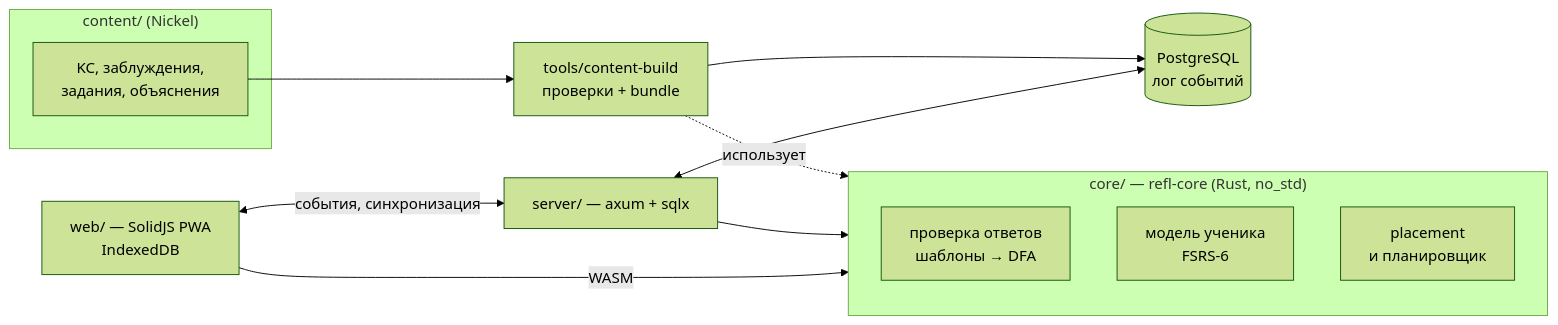
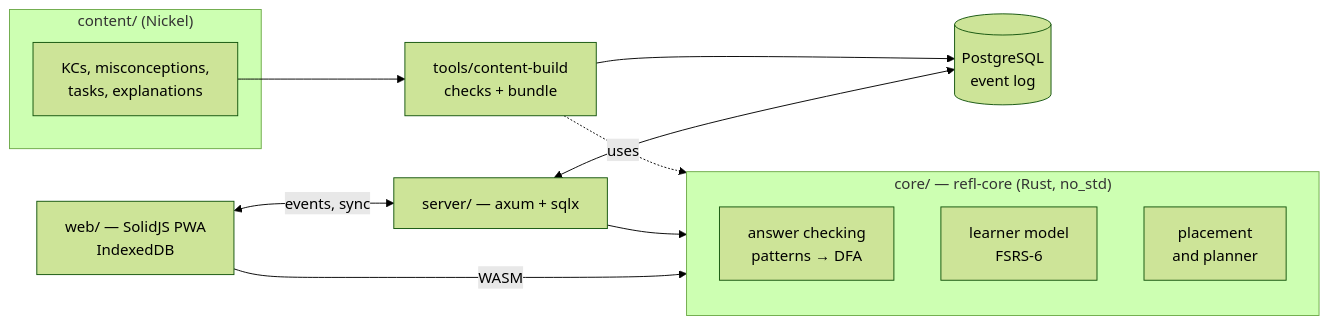
One commit to shkrjnv/refl changed the second of 2 diagrams in README.md. Above: the diagram before and after it, drawn with Mermaid (forest theme). The commit also changed other lines of this file, not shown here.

First line of the commit message:
README: rewrite in English, add privacy, sync and license sections

````diff
--- a/README.md
+++ b/README.md
@@ -250,21 +258,21 @@
 ```mermaid
 flowchart LR
   subgraph content["content/ (Nickel)"]
-    N[KC, заблуждения,<br/>задания, объяснения]
+    N[KCs, misconceptions,<br/>tasks, explanations]
   end
-  CB["tools/content-build<br/>проверки + bundle"]
+  CB["tools/content-build<br/>checks + bundle"]
   subgraph core["core/ — refl-core (Rust, no_std)"]
-    A[проверка ответов<br/>шаблоны → DFA]
-    M[модель ученика<br/>FSRS-6]
-    P[placement<br/>и планировщик]
+    A[answer checking<br/>patterns → DFA]
+    M[learner model<br/>FSRS-6]
+    P[placement<br/>and planner]
   end
   S["server/ — axum + sqlx"]
-  DB[(PostgreSQL<br/>лог событий)]
+  DB[(PostgreSQL<br/>event log)]
   W["web/ — SolidJS PWA<br/>IndexedDB"]
   N --> CB --> DB
-  CB -. использует .-> core
+  CB -. uses .-> core
   S --> core
   W -- WASM --> core
   S <--> DB
-  W <-- события, синхронизация --> S
+  W <-- events, sync --> S
 ```
````
